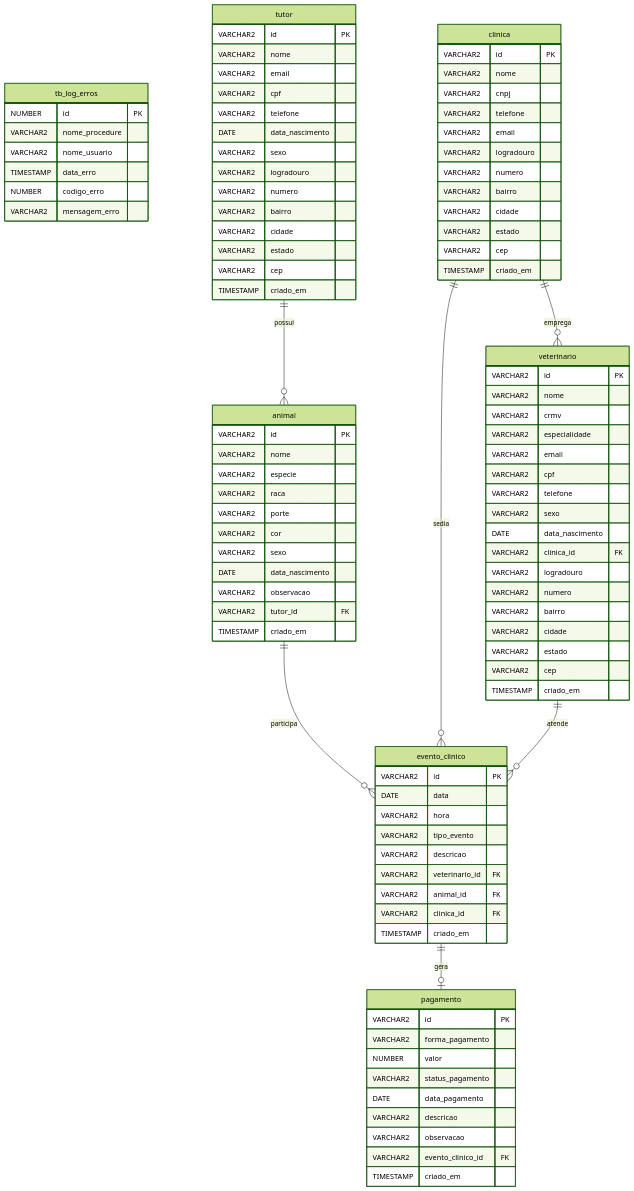
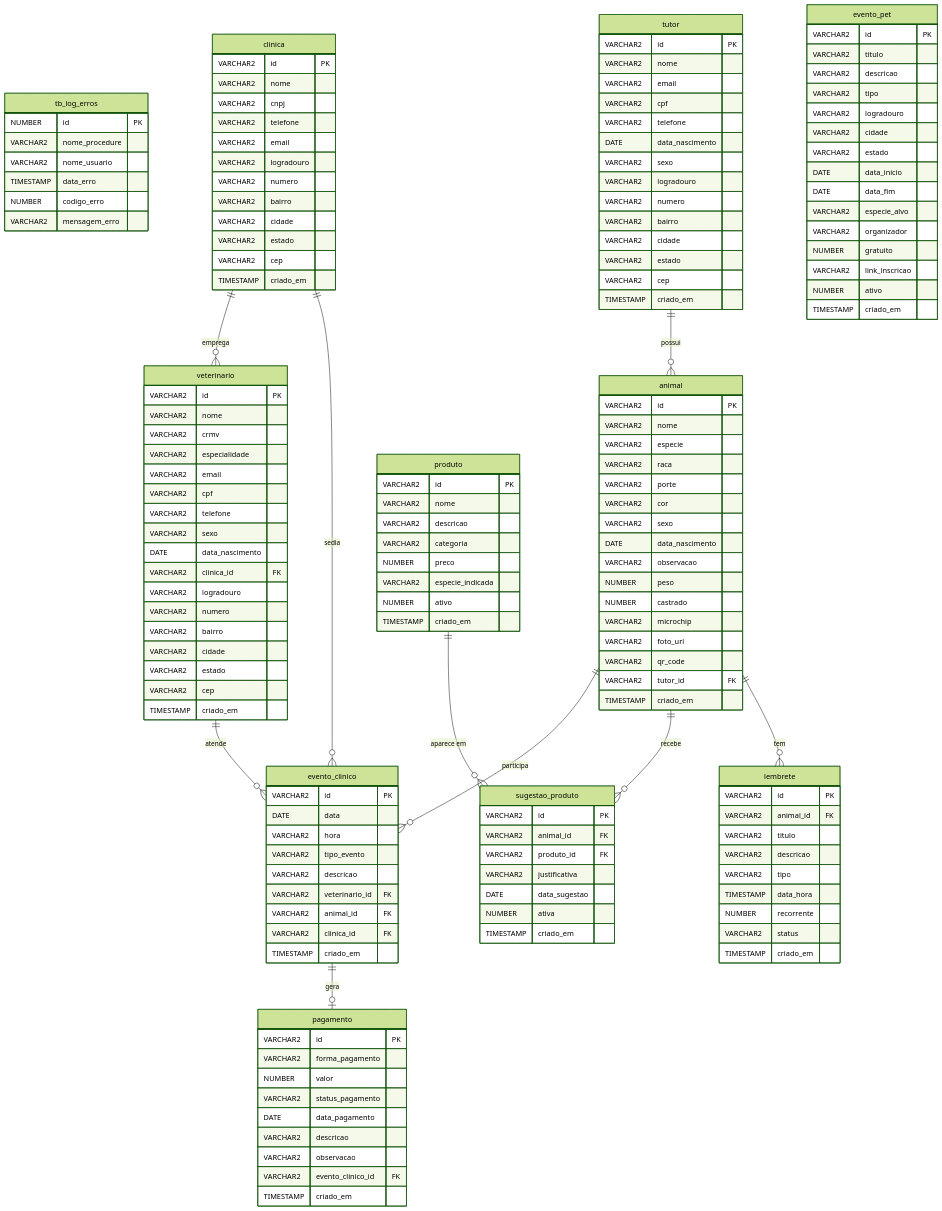
Before and after one commit to pedrinzz10/clyvovet_db: the diagram in README.md, drawn with Mermaid (forest theme). The commit also changed other lines of this file and 9 other files, not shown here.

````diff
--- a/README.md
+++ b/README.md
@@ -104,6 +104,11 @@
         VARCHAR2 sexo
         DATE data_nascimento
         VARCHAR2 observacao
+        NUMBER peso
+        NUMBER castrado
+        VARCHAR2 microchip
+        VARCHAR2 foto_url
+        VARCHAR2 qr_code
         VARCHAR2 tutor_id FK
         TIMESTAMP criado_em
     }
@@ -167,10 +172,64 @@
         TIMESTAMP criado_em
     }
 
-    tutor         ||--o{ animal          : "possui"
-    animal        ||--o{ evento_clinico  : "participa"
-    clinica       ||--o{ veterinario     : "emprega"
-    clinica       ||--o{ evento_clinico  : "sedia"
-    veterinario   ||--o{ evento_clinico  : "atende"
-    evento_clinico ||--o| pagamento      : "gera"
+    produto {
+        VARCHAR2 id PK
+        VARCHAR2 nome
+        VARCHAR2 descricao
+        VARCHAR2 categoria
+        NUMBER preco
+        VARCHAR2 especie_indicada
+        NUMBER ativo
+        TIMESTAMP criado_em
+    }
+
+    sugestao_produto {
+        VARCHAR2 id PK
+        VARCHAR2 animal_id FK
+        VARCHAR2 produto_id FK
+        VARCHAR2 justificativa
+        DATE data_sugestao
+        NUMBER ativa
+        TIMESTAMP criado_em
+    }
+
+    lembrete {
+        VARCHAR2 id PK
+        VARCHAR2 animal_id FK
+        VARCHAR2 titulo
+        VARCHAR2 descricao
+        VARCHAR2 tipo
+        TIMESTAMP data_hora
+        NUMBER recorrente
+        VARCHAR2 status
+        TIMESTAMP criado_em
+    }
+
+    evento_pet {
+        VARCHAR2 id PK
+        VARCHAR2 titulo
+        VARCHAR2 descricao
+        VARCHAR2 tipo
+        VARCHAR2 logradouro
+        VARCHAR2 cidade
+        VARCHAR2 estado
+        DATE data_inicio
+        DATE data_fim
+        VARCHAR2 especie_alvo
+        VARCHAR2 organizador
+        NUMBER gratuito
+        VARCHAR2 link_inscricao
+        NUMBER ativo
+        TIMESTAMP criado_em
+    }
+
+    tutor          ||--o{ animal           : "possui"
+    animal         ||--o{ evento_clinico   : "participa"
+    clinica        ||--o{ veterinario      : "emprega"
+    clinica        ||--o{ evento_clinico   : "sedia"
+    veterinario    ||--o{ evento_clinico   : "atende"
+    evento_clinico ||--o| pagamento        : "gera"
+    animal         ||--o{ sugestao_produto : "recebe"
+    produto        ||--o{ sugestao_produto : "aparece em"
+    animal         ||--o{ lembrete         : "tem"
 ```
````
